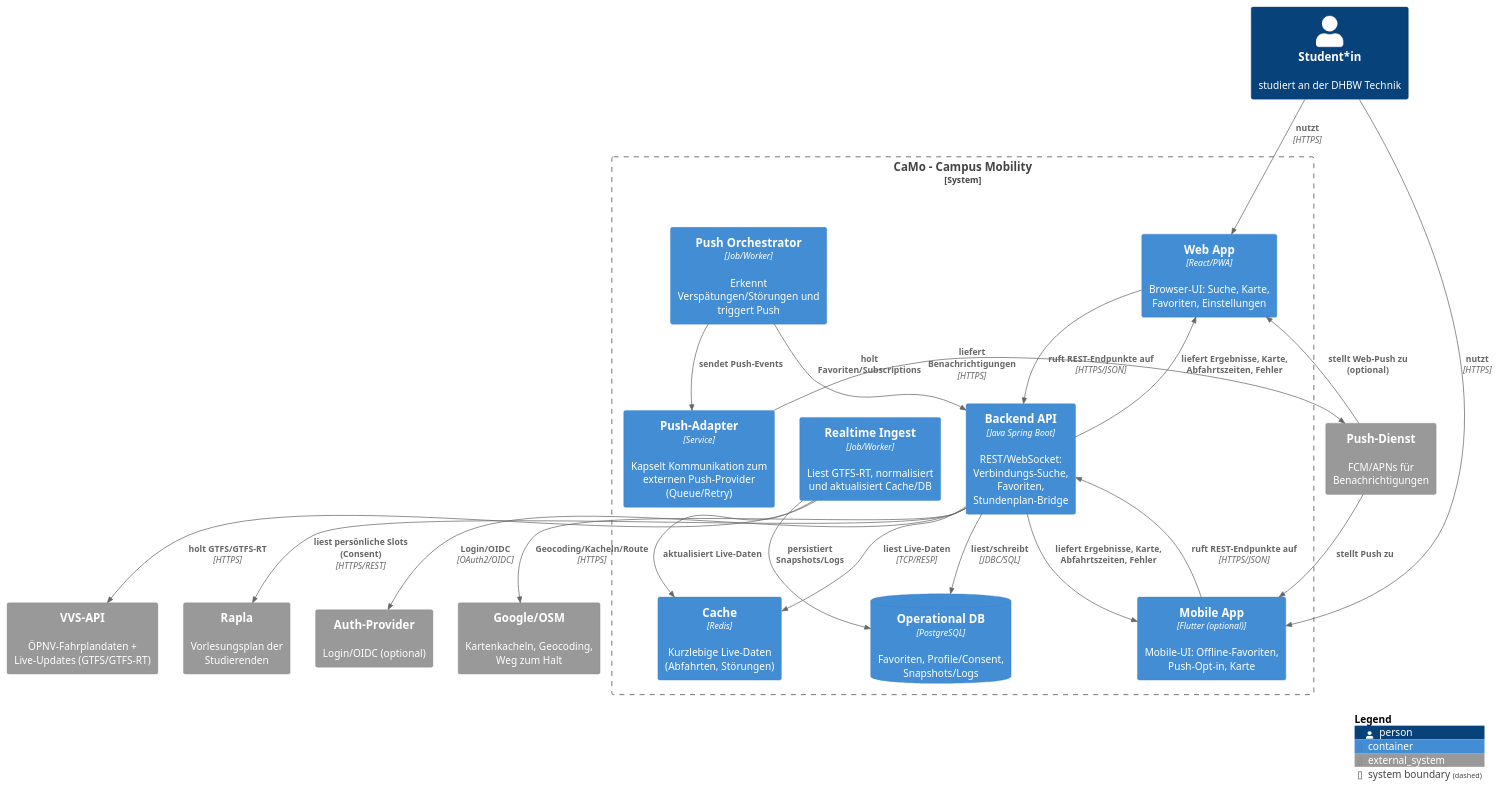
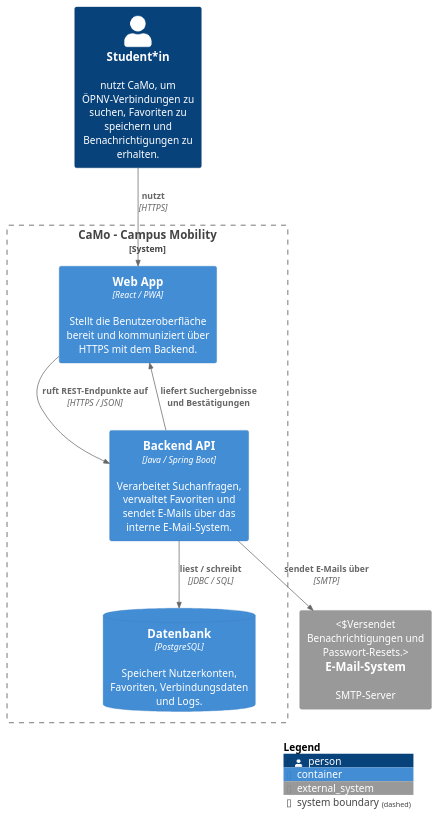
The diagram in docs/architecture/c4_level2.puml (Isabella25B/CaMo---Campus-Mobility), drawn with PlantUML before and after one commit.

Commit message:
c4_level2 angepasst

```diff
--- a/docs/architecture/c4_level2.puml
+++ b/docs/architecture/c4_level2.puml
@@ -1,68 +1,39 @@
 @startuml C4_Container_CaMo
 ' C4-PlantUML Container diagram include (remote)
 !includeurl https://raw.githubusercontent.com/plantuml-stdlib/C4-PlantUML/master/C4_Container.puml
 
 ' optional: Skin/Theme anpassen
 
 ' Titel
 LAYOUT_WITH_LEGEND()
 ' (Falls deine Umgebung LAYOUT_WITH_LEGEND nicht kennt, ersetze durch LAYOUT_LEFT_RIGHT())
 
-' ---- Actor
-Person(person, "Student*in", "studiert an der DHBW Technik")
+' ---- Actor 
+Person(student, "Student*in", "nutzt CaMo, um ÖPNV-Verbindungen zu suchen, Favoriten zu speichern und Benachrichtigungen zu erhalten.")
 
 ' ---- System unter Design (Boundary) + Container
 System_Boundary(camo, "CaMo - Campus Mobility") {
-
-  ' Clients
-  Container(web,    "Web App",    "React/PWA",          "Browser-UI: Suche, Karte, Favoriten, Einstellungen")
-  Container(mobile, "Mobile App", "Flutter (optional)",  "Mobile-UI: Offline-Favoriten, Push-Opt-in, Karte")
-
-  ' Backend
-  Container(api,   "Backend API", "Java Spring Boot",   "REST/WebSocket: Verbindungs-Suche, Favoriten, Stundenplan-Bridge")
-  ContainerDb(db,  "Operational DB", "PostgreSQL",      "Favoriten, Profile/Consent, Snapshots/Logs")
-  Container(cache, "Cache",          "Redis",            "Kurzlebige Live-Daten (Abfahrten, Störungen)")
-
-  ' Hintergrundprozesse
-  Container(rt,   "Realtime Ingest",   "Job/Worker",     "Liest GTFS-RT, normalisiert und aktualisiert Cache/DB")
-  Container(push, "Push Orchestrator", "Job/Worker",     "Erkennt Verspätungen/Störungen und triggert Push")
-  Container(adapter, "Push-Adapter",   "Service",        "Kapselt Kommunikation zum externen Push-Provider (Queue/Retry)")
+  
+  'Client
+  Container(web, "Web App", "React / PWA", "Stellt die Benutzeroberfläche bereit und kommuniziert über HTTPS mit dem Backend.") 
+ 
+  'Backend
+  Container(api, "Backend API", "Java / Spring Boot", "Verarbeitet Suchanfragen, verwaltet Favoriten und sendet E-Mails über das interne E-Mail-System.") 
+  ContainerDb(db, "Datenbank", "PostgreSQL", "Speichert Nutzerkonten, Favoriten, Verbindungsdaten und Logs.")
 }
 
 ' ---- Externe Systeme
-System_Ext(vvs,  "VVS-API",   "ÖPNV-Fahrplandaten + Live-Updates (GTFS/GTFS-RT)")
-System_Ext(maps, "Google/OSM","Kartenkacheln, Geocoding, Weg zum Halt")
-System_Ext(pxp,  "Push-Dienst","FCM/APNs für Benachrichtigungen")
-System_Ext(rapla,"Rapla",     "Vorlesungsplan der Studierenden")
-System_Ext(auth, "Auth-Provider", "Login/OIDC (optional)")
+System_Ext(mail, "E-Mail-System", "SMTP-Server", "Versendet Benachrichtigungen und Passwort-Resets.")
 
 ' ---- Beziehungen (Verb + Technologie)
-Rel(person, web,    "nutzt", "HTTPS")
-Rel(person, mobile, "nutzt", "HTTPS")
+Rel(student, web, "nutzt", "HTTPS") 
+Rel(web, api, "ruft REST-Endpunkte auf", "HTTPS / JSON") 
+Rel(api, db, "liest / schreibt", "JDBC / SQL") 
+Rel(api, mail, "sendet E-Mails über", "SMTP")
+Rel_D(api, web, "liefert Suchergebnisse und Bestätigungen")
 
-Rel(web,    api, "ruft REST-Endpunkte auf", "HTTPS/JSON")
-Rel(mobile, api, "ruft REST-Endpunkte auf", "HTTPS/JSON")
 
-Rel(api, db,    "liest/schreibt", "JDBC/SQL")
-Rel(api, cache, "liest Live-Daten", "TCP/RESP")
-Rel(api, rapla, "liest persönliche Slots (Consent)", "HTTPS/REST")
-Rel(api, maps,  "Geocoding/Kacheln/Route", "HTTPS")
-Rel(api, auth,  "Login/OIDC", "OAuth2/OIDC")
-
-Rel(rt,  vvs,   "holt GTFS/GTFS-RT", "HTTPS")
-Rel(rt,  cache, "aktualisiert Live-Daten")
-Rel(rt,  db,    "persistiert Snapshots/Logs")
-
-Rel(push, api,    "holt Favoriten/Subscriptions")
-Rel(push, adapter,"sendet Push-Events")
-Rel(adapter, pxp, "liefert Benachrichtigungen", "HTTPS")
-Rel_D(pxp, mobile,"stellt Push zu")
-Rel_D(pxp, web,   "stellt Web-Push zu (optional)")
-
-' Rückflüsse zur UI
-Rel_D(api, web,    "liefert Ergebnisse, Karte, Abfahrtszeiten, Fehler")
-Rel_D(api, mobile, "liefert Ergebnisse, Karte, Abfahrtszeiten, Fehler")
 
 ' Ausgabe: Containerdiagramm
 SHOW_LEGEND()
 @enduml
```
